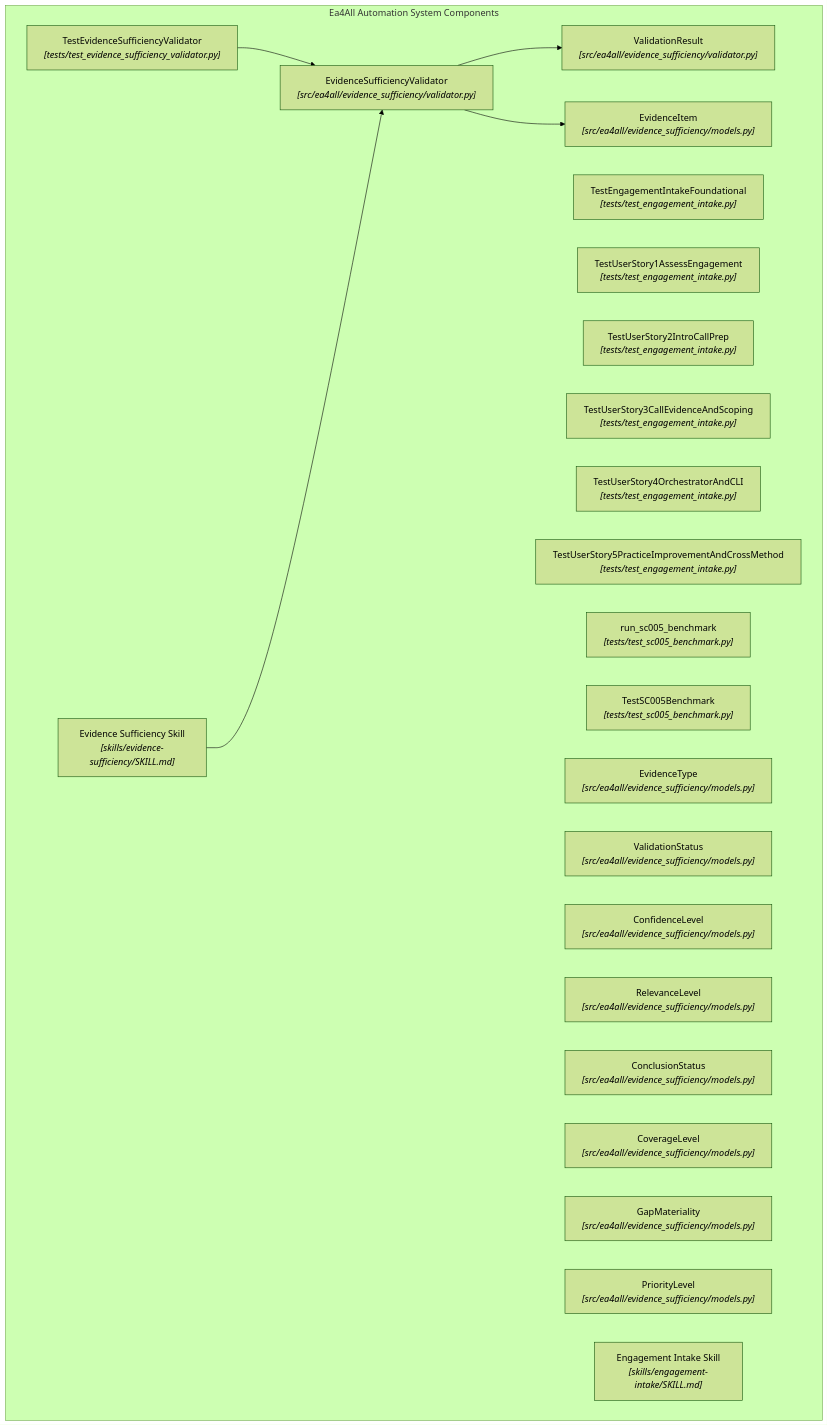
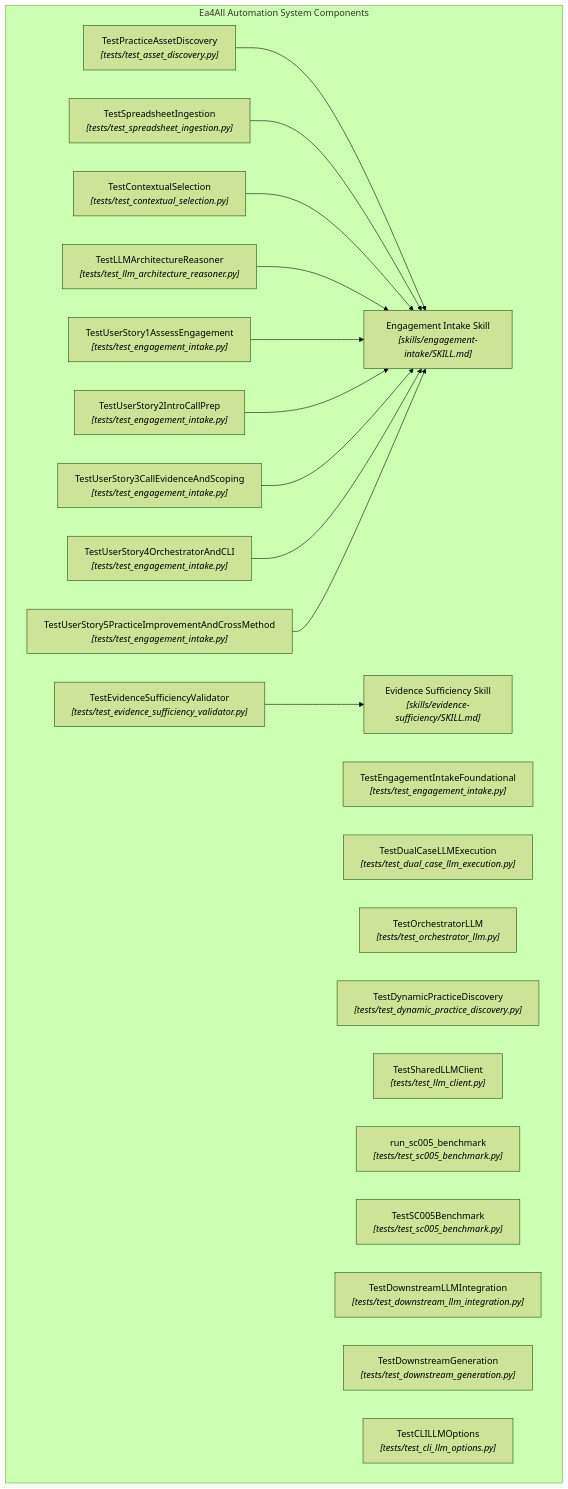
One commit to cas-governance-portal/cas-governance-portal.github.io changed the diagram in projects/ea4all-automation/architecture-state/diagrams/components.mmd. Above: the diagram before and after it, drawn with Mermaid (forest theme). The commit also changed 785 other files, not shown here.

```diff
--- a/projects/ea4all-automation/architecture-state/diagrams/components.mmd
+++ b/projects/ea4all-automation/architecture-state/diagrams/components.mmd
@@ -1,29 +1,35 @@
 flowchart TD
     subgraph Components["Ea4All Automation System Components"]
+        comp_testpracticeassetdiscovery["TestPracticeAssetDiscovery<br/><i>[tests/test_asset_discovery.py]</i>"]
+        comp_testspreadsheetingestion["TestSpreadsheetIngestion<br/><i>[tests/test_spreadsheet_ingestion.py]</i>"]
+        comp_testcontextualselection["TestContextualSelection<br/><i>[tests/test_contextual_selection.py]</i>"]
         comp_testevidencesufficiencyvalidator["TestEvidenceSufficiencyValidator<br/><i>[tests/test_evidence_sufficiency_validator.py]</i>"]
+        comp_testllmarchitecturereasoner["TestLLMArchitectureReasoner<br/><i>[tests/test_llm_architecture_reasoner.py]</i>"]
         comp_testengagementintakefoundational["TestEngagementIntakeFoundational<br/><i>[tests/test_engagement_intake.py]</i>"]
         comp_testuserstory1assessengagement["TestUserStory1AssessEngagement<br/><i>[tests/test_engagement_intake.py]</i>"]
         comp_testuserstory2introcallprep["TestUserStory2IntroCallPrep<br/><i>[tests/test_engagement_intake.py]</i>"]
         comp_testuserstory3callevidenceandscoping["TestUserStory3CallEvidenceAndScoping<br/><i>[tests/test_engagement_intake.py]</i>"]
         comp_testuserstory4orchestratorandcli["TestUserStory4OrchestratorAndCLI<br/><i>[tests/test_engagement_intake.py]</i>"]
         comp_testuserstory5practiceimprovementandcrossmethod["TestUserStory5PracticeImprovementAndCrossMethod<br/><i>[tests/test_engagement_intake.py]</i>"]
+        comp_testdualcasellmexecution["TestDualCaseLLMExecution<br/><i>[tests/test_dual_case_llm_execution.py]</i>"]
+        comp_testorchestratorllm["TestOrchestratorLLM<br/><i>[tests/test_orchestrator_llm.py]</i>"]
+        comp_testdynamicpracticediscovery["TestDynamicPracticeDiscovery<br/><i>[tests/test_dynamic_practice_discovery.py]</i>"]
+        comp_testsharedllmclient["TestSharedLLMClient<br/><i>[tests/test_llm_client.py]</i>"]
         comp_run_sc005_benchmark["run_sc005_benchmark<br/><i>[tests/test_sc005_benchmark.py]</i>"]
         comp_testsc005benchmark["TestSC005Benchmark<br/><i>[tests/test_sc005_benchmark.py]</i>"]
-        comp_validationresult["ValidationResult<br/><i>[src/ea4all/evidence_sufficiency/validator.py]</i>"]
-        comp_evidencesufficiencyvalidator["EvidenceSufficiencyValidator<br/><i>[src/ea4all/evidence_sufficiency/validator.py]</i>"]
-        comp_evidencetype["EvidenceType<br/><i>[src/ea4all/evidence_sufficiency/models.py]</i>"]
-        comp_validationstatus["ValidationStatus<br/><i>[src/ea4all/evidence_sufficiency/models.py]</i>"]
-        comp_confidencelevel["ConfidenceLevel<br/><i>[src/ea4all/evidence_sufficiency/models.py]</i>"]
-        comp_relevancelevel["RelevanceLevel<br/><i>[src/ea4all/evidence_sufficiency/models.py]</i>"]
-        comp_conclusionstatus["ConclusionStatus<br/><i>[src/ea4all/evidence_sufficiency/models.py]</i>"]
-        comp_coveragelevel["CoverageLevel<br/><i>[src/ea4all/evidence_sufficiency/models.py]</i>"]
-        comp_gapmateriality["GapMateriality<br/><i>[src/ea4all/evidence_sufficiency/models.py]</i>"]
-        comp_prioritylevel["PriorityLevel<br/><i>[src/ea4all/evidence_sufficiency/models.py]</i>"]
-        comp_evidenceitem["EvidenceItem<br/><i>[src/ea4all/evidence_sufficiency/models.py]</i>"]
+        comp_testdownstreamllmintegration["TestDownstreamLLMIntegration<br/><i>[tests/test_downstream_llm_integration.py]</i>"]
+        comp_testdownstreamgeneration["TestDownstreamGeneration<br/><i>[tests/test_downstream_generation.py]</i>"]
+        comp_testclillmoptions["TestCLILLMOptions<br/><i>[tests/test_cli_llm_options.py]</i>"]
         comp_skill_engagement_intake["Engagement Intake Skill<br/><i>[skills/engagement-intake/SKILL.md]</i>"]
         comp_skill_evidence_sufficiency["Evidence Sufficiency Skill<br/><i>[skills/evidence-sufficiency/SKILL.md]</i>"]
     end
-    comp_testevidencesufficiencyvalidator --> comp_evidencesufficiencyvalidator
-    comp_evidencesufficiencyvalidator --> comp_validationresult
-    comp_evidencesufficiencyvalidator --> comp_evidenceitem
-    comp_skill_evidence_sufficiency --> comp_evidencesufficiencyvalidator
+    comp_testpracticeassetdiscovery --> comp_skill_engagement_intake
+    comp_testspreadsheetingestion --> comp_skill_engagement_intake
+    comp_testcontextualselection --> comp_skill_engagement_intake
+    comp_testevidencesufficiencyvalidator --> comp_skill_evidence_sufficiency
+    comp_testllmarchitecturereasoner --> comp_skill_engagement_intake
+    comp_testuserstory1assessengagement --> comp_skill_engagement_intake
+    comp_testuserstory2introcallprep --> comp_skill_engagement_intake
+    comp_testuserstory3callevidenceandscoping --> comp_skill_engagement_intake
+    comp_testuserstory4orchestratorandcli --> comp_skill_engagement_intake
+    comp_testuserstory5practiceimprovementandcrossmethod --> comp_skill_engagement_intake
```
